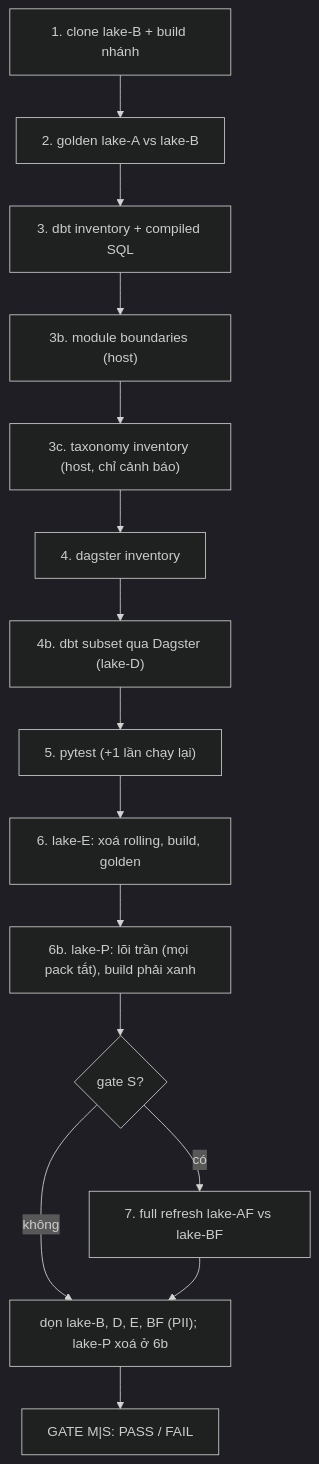
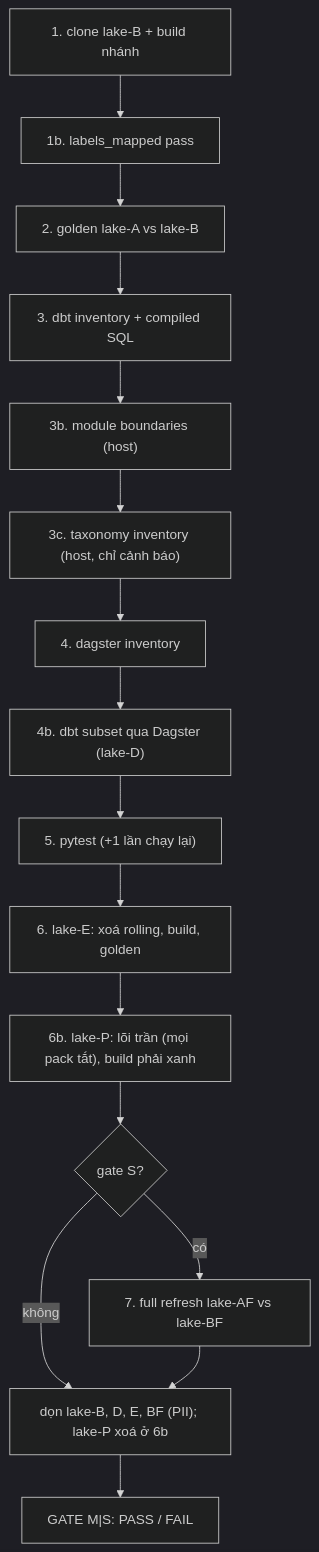
The fourth of 4 diagrams in docs/operations/refactor-safety-harness.md (vantt/data-integration), drawn with Mermaid (dark theme) before and after one commit. The commit also changed other lines of this file and 26 other files, not shown here.

````diff
--- a/docs/operations/refactor-safety-harness.md
+++ b/docs/operations/refactor-safety-harness.md
@@ -288,17 +288,17 @@
 ```mermaid
 flowchart TB
-    S1["1. clone lake-B + build nhánh"] --> S2["2. golden lake-A vs lake-B"]
+    S1["1. clone lake-B + build nhánh"] --> S1b["1b. labels_mapped pass"] --> S2["2. golden lake-A vs lake-B"]
     S2 --> S3["3. dbt inventory + compiled SQL"]
     S3 --> S3b["3b. module boundaries (host)"]
     S3b --> S3c["3c. taxonomy inventory (host, chỉ cảnh báo)"]
     S3c --> S4["4. dagster inventory"]
     S4 --> S4b["4b. dbt subset qua Dagster (lake-D)"]
     S4b --> S5["5. pytest (+1 lần chạy lại)"]
     S5 --> S6["6. lake-E: xoá rolling, build, golden"]
     S6 --> S6b["6b. lake-P: lõi trần (mọi pack tắt), build phải xanh"]
     S6b --> Q{"gate S?"}
     Q -- có --> S7["7. full refresh lake-AF vs lake-BF"]
     Q -- không --> CL
     S7 --> CL["dọn lake-B, D, E, BF (PII); lake-P xoá ở 6b"]
     CL --> R["GATE M|S: PASS / FAIL"]
 ```
````
